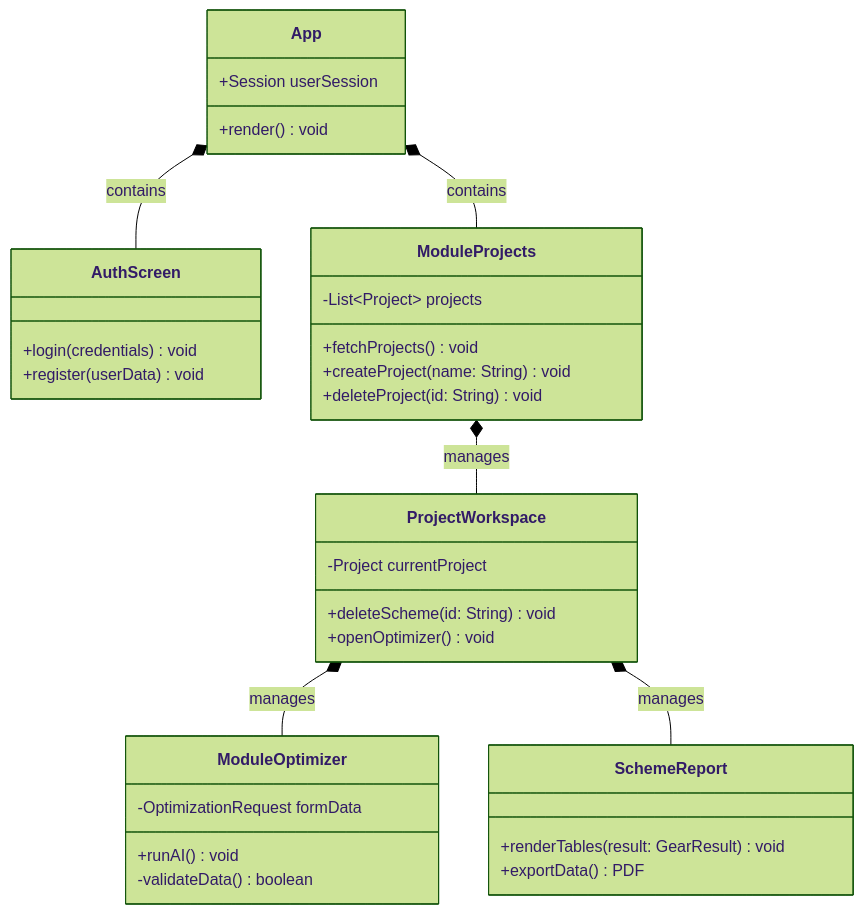
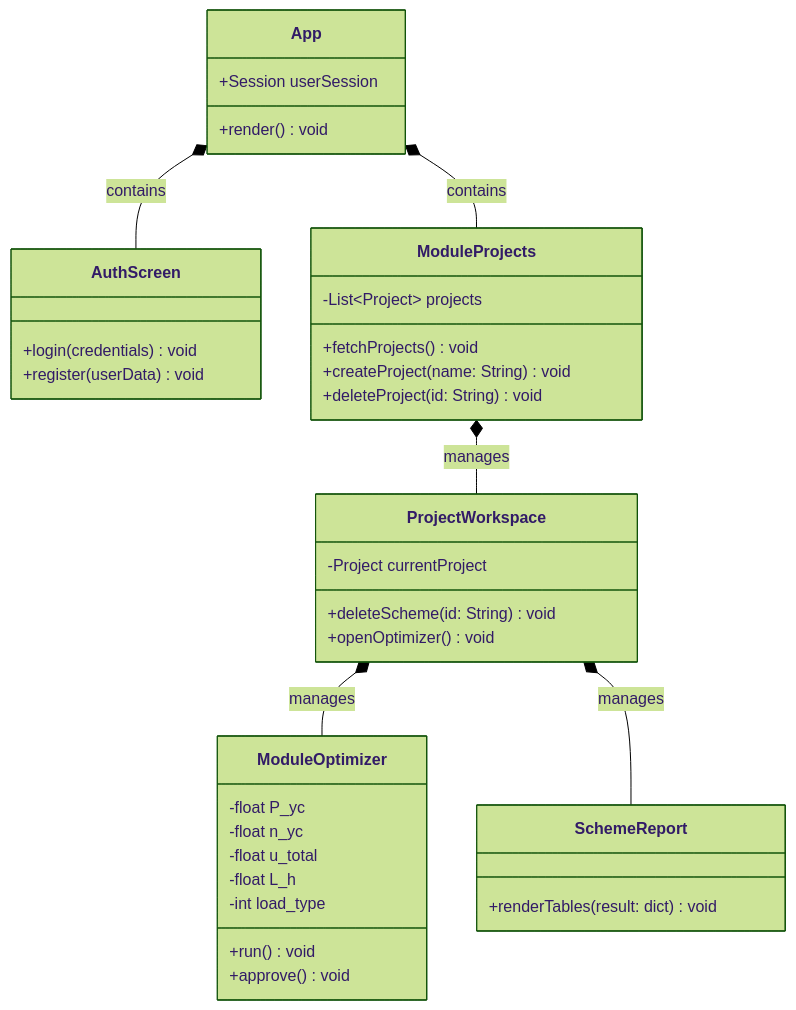
One commit to dvydinh/mechdrive changed the second of 2 diagrams in docs/uml/3_Class_Diagrams.md. Above: the diagram before and after it, drawn with Mermaid (forest theme). The commit also changed other lines of this file and 14 other files, not shown here.

````diff
--- a/docs/uml/3_Class_Diagrams.md
+++ b/docs/uml/3_Class_Diagrams.md
@@ -74,42 +36,45 @@
 ```mermaid
 classDiagram
     class App {
         +Session userSession
         +render() void
     }
     
     class AuthScreen {
         +login(credentials) void
         +register(userData) void
     }
     
     class ModuleProjects {
         -List~Project~ projects
         +fetchProjects() void
         +createProject(name: String) void
         +deleteProject(id: String) void
     }
     
     class ProjectWorkspace {
         -Project currentProject
         +deleteScheme(id: String) void
         +openOptimizer() void
     }
     
     class ModuleOptimizer {
-        -OptimizationRequest formData
-        +runAI() void
-        -validateData() boolean
+        -float P_yc
+        -float n_yc
+        -float u_total
+        -float L_h
+        -int load_type
+        +run() void
+        +approve() void
     }
     
     class SchemeReport {
-        +renderTables(result: GearResult) void
-        +exportData() PDF
+        +renderTables(result: dict) void
     }
 
     App *-- AuthScreen : contains
     App *-- ModuleProjects : contains
     ModuleProjects *-- ProjectWorkspace : manages
     ProjectWorkspace *-- ModuleOptimizer : manages
     ProjectWorkspace *-- SchemeReport : manages
 ```
````
